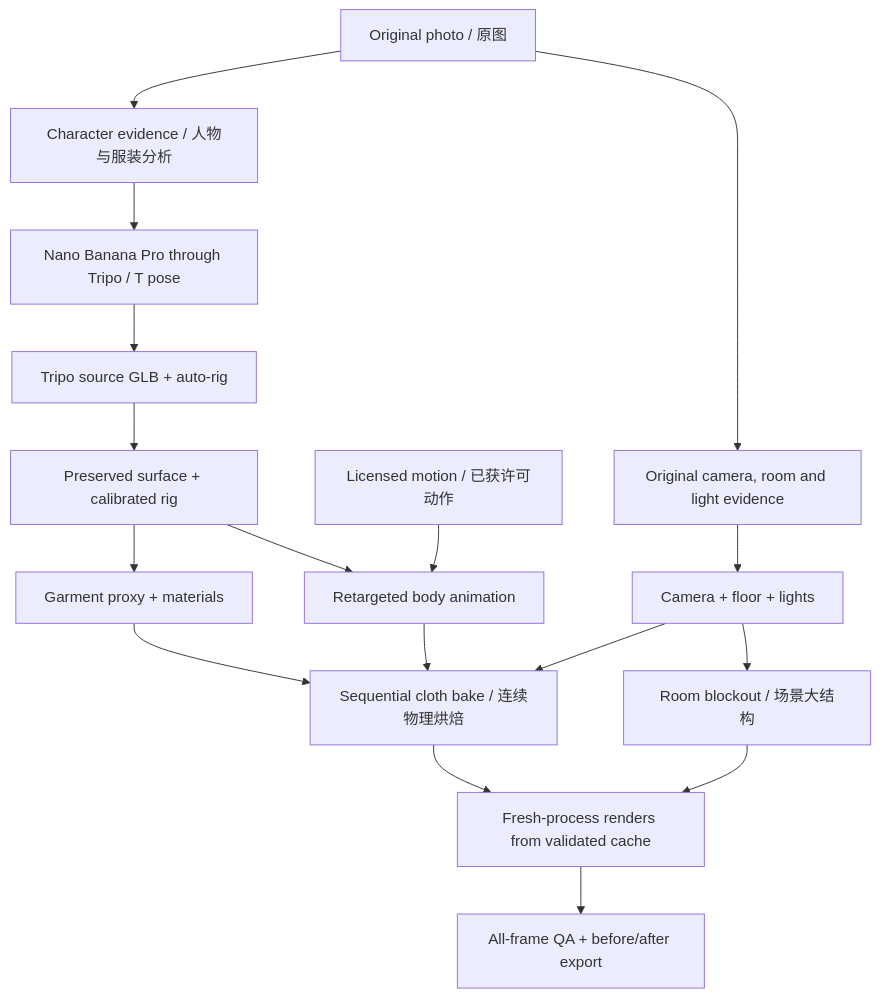
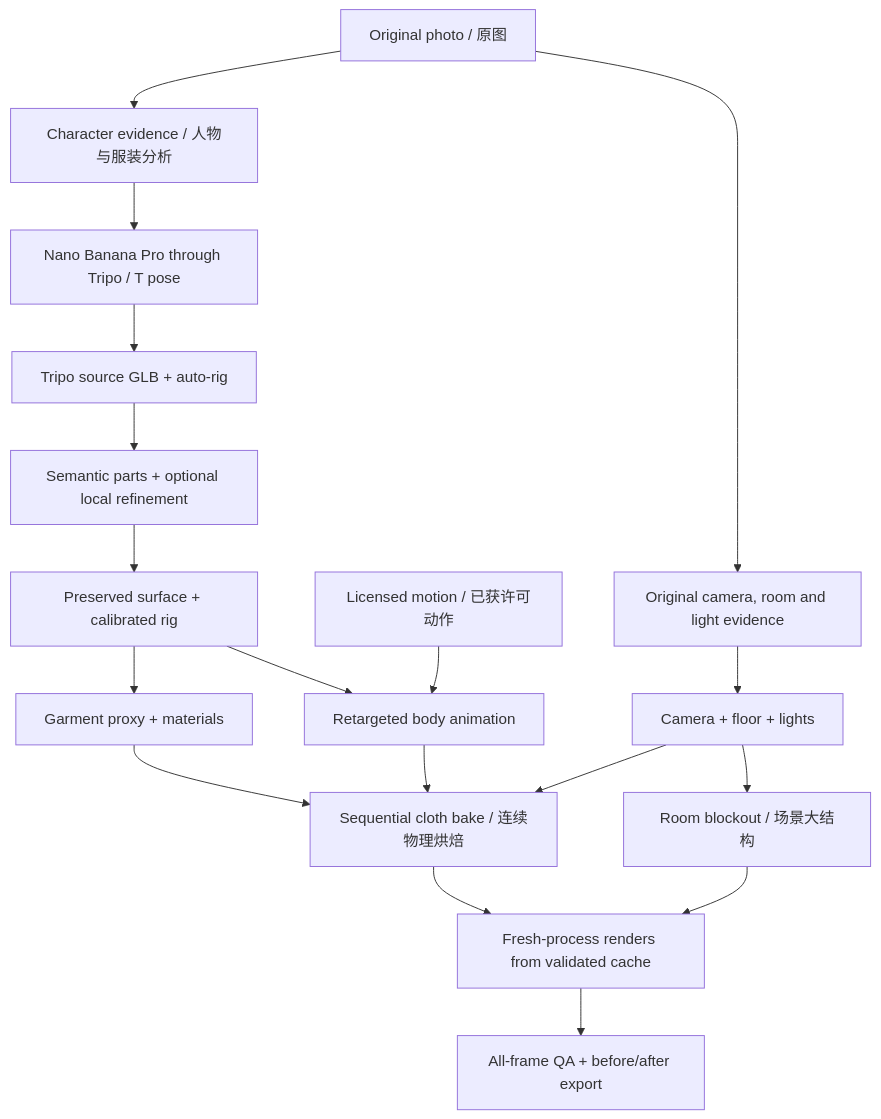
Before and after one commit to CyclopsRay/CosMMD: the diagram in docs/technical-roadmap.md, drawn with Mermaid. The commit also changed other lines of this file and 4 other files, not shown here.

````diff
--- a/docs/technical-roadmap.md
+++ b/docs/technical-roadmap.md
@@ -17,19 +19,20 @@
 ```mermaid
 flowchart TD
     A[Original photo / 原图] --> B[Character evidence / 人物与服装分析]
     B --> C[Nano Banana Pro through Tripo / T pose]
     C --> D[Tripo source GLB + auto-rig]
-    D --> E[Preserved surface + calibrated rig]
+    D --> P[Semantic parts + optional local refinement]
+    P --> E[Preserved surface + calibrated rig]
     E --> F[Garment proxy + materials]
     M[Licensed motion / 已获许可动作] --> G[Retargeted body animation]
     E --> G
     F --> H[Sequential cloth bake / 连续物理烘焙]
     G --> H
     A --> I[Original camera, room and light evidence]
     I --> J[Camera + floor + lights]
     J --> H
     J --> K[Room blockout / 场景大结构]
     H --> L[Fresh-process renders from validated cache]
     K --> L
     L --> N[All-frame QA + before/after export]
 ```
````
